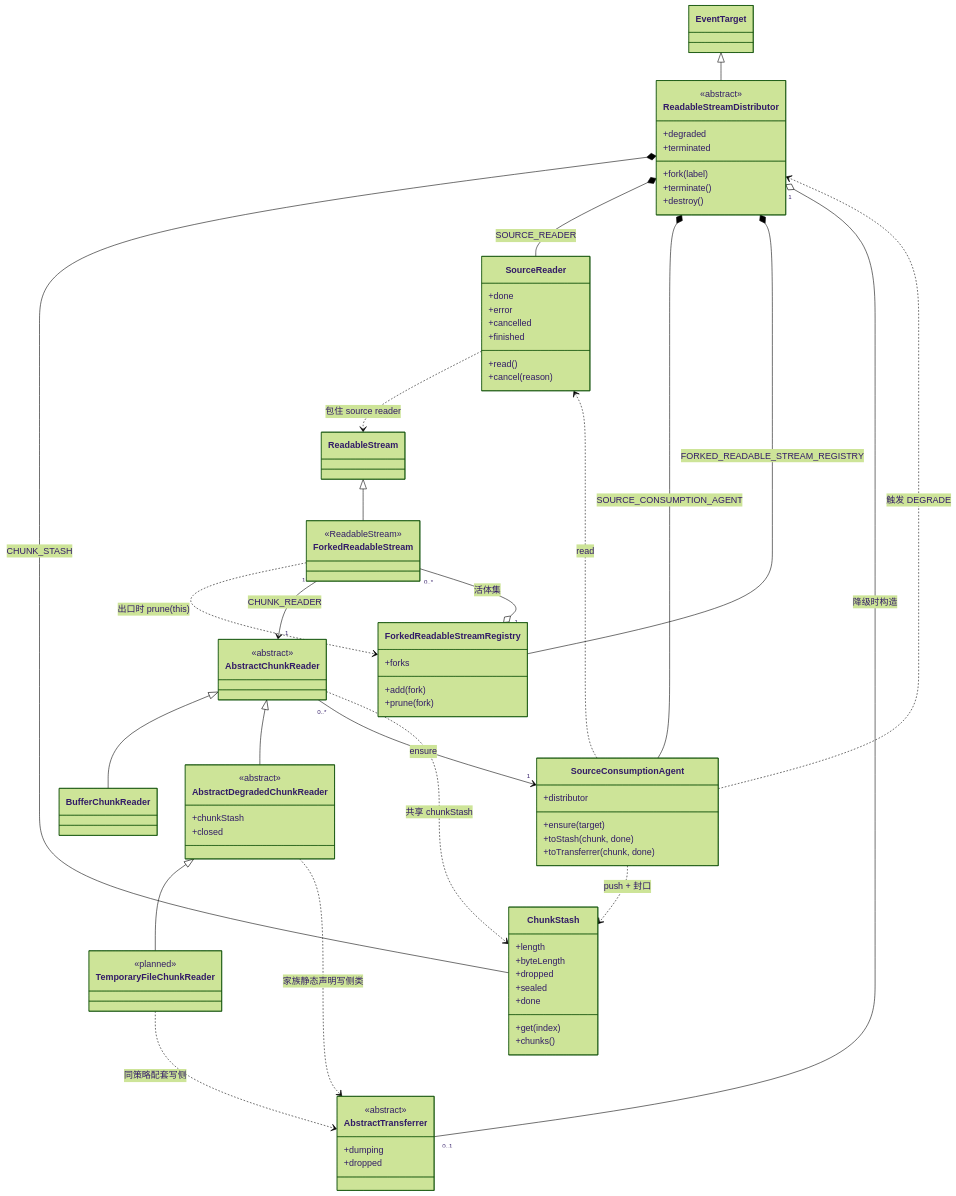
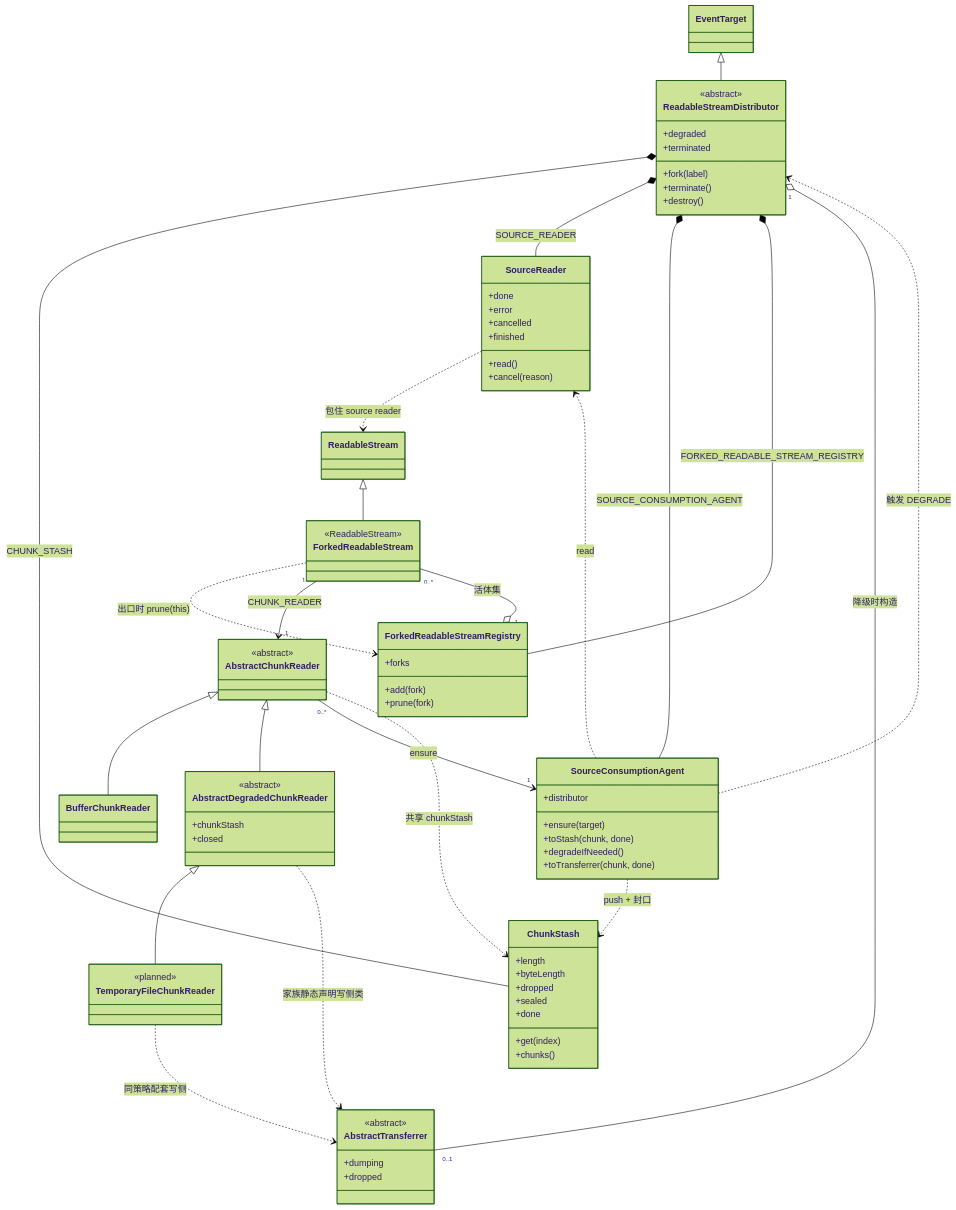
The second of 6 diagrams in DESIGN.md (produck/node-readable-stream-distributor), drawn with Mermaid (forest theme) before and after one commit. The commit also changed other lines of this file and 3 other files, not shown here.

```diff
--- a/DESIGN.md
+++ b/DESIGN.md
@@ -168,6 +168,7 @@
         +distributor
         +ensure(target)
         +toStash(chunk, done)
+        +degradeIfNeeded()
         +toTransferrer(chunk, done)
     }
 
```
